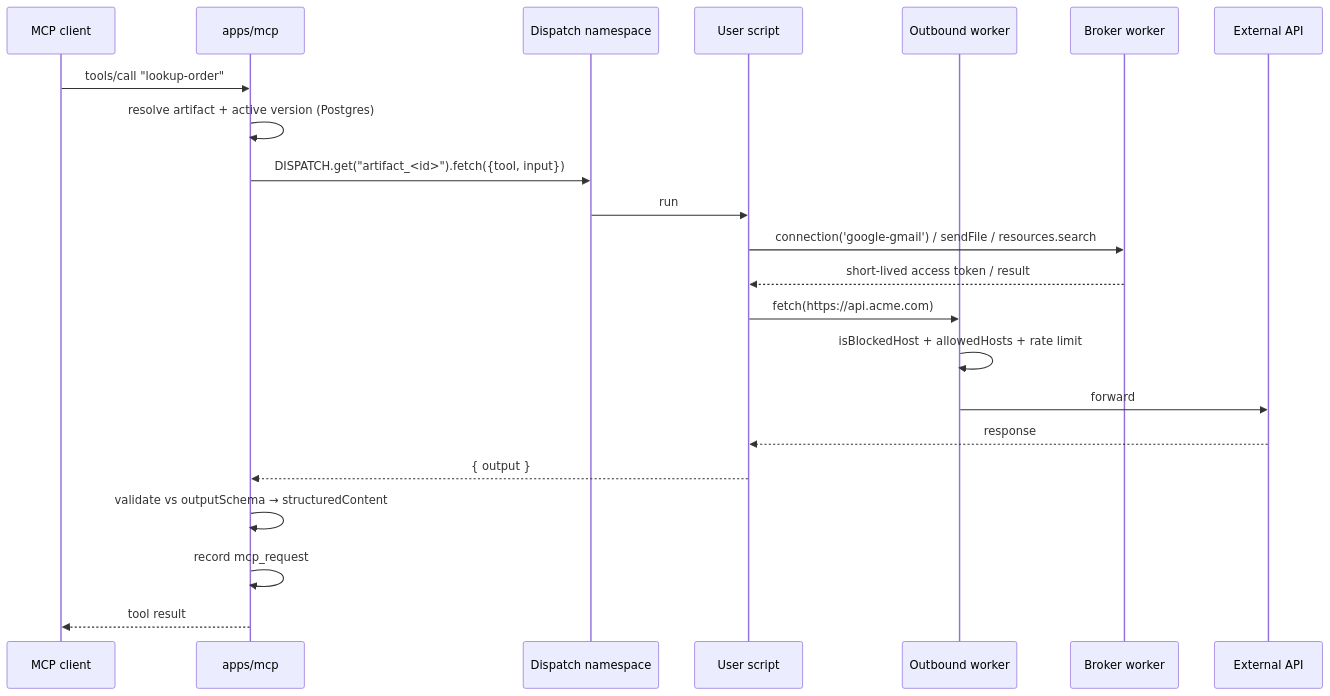
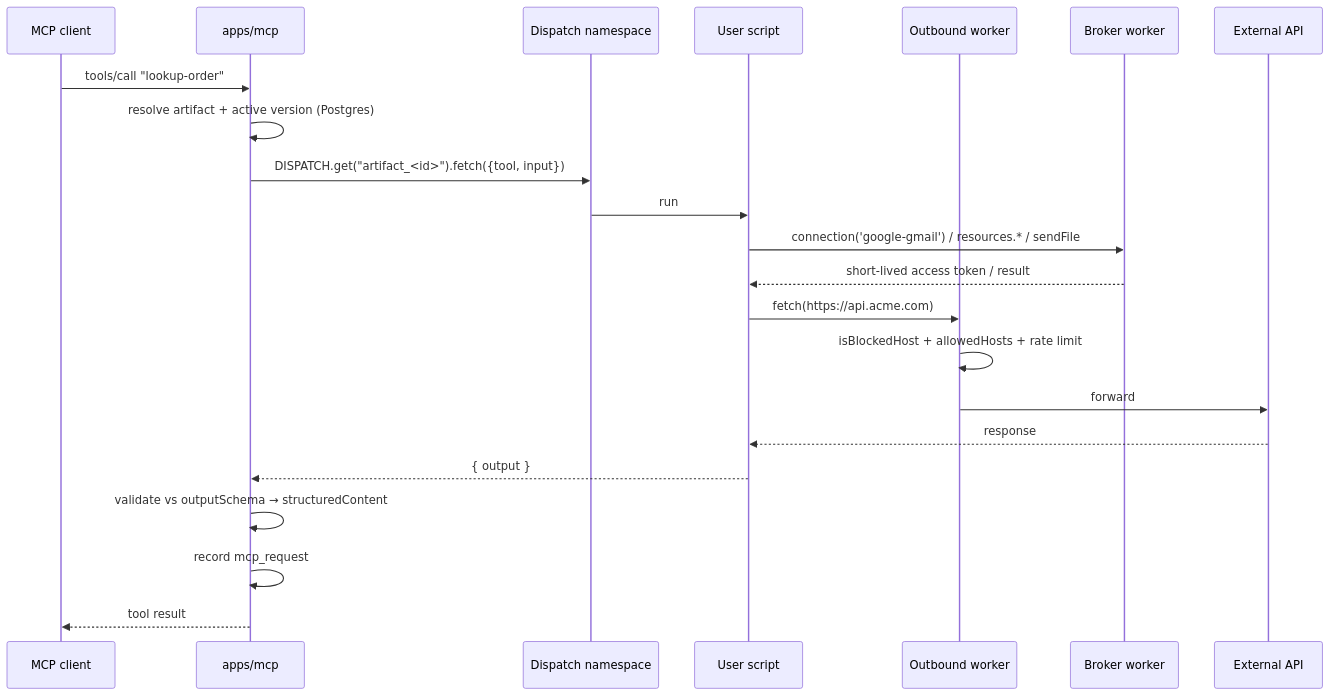
The diagram in docs/CUSTOM_TOOLS.md (MontoyaAndres/ganju), drawn with Mermaid before and after one commit. The commit also changed other lines of this file and 26 other files, not shown here.

````diff
--- a/docs/CUSTOM_TOOLS.md
+++ b/docs/CUSTOM_TOOLS.md
@@ -58,25 +58,25 @@
 ```mermaid
 sequenceDiagram
   participant C as MCP client
   participant MCP as apps/mcp
   participant D as Dispatch namespace
   participant U as User script
   participant OB as Outbound worker
   participant B as Broker worker
   participant Ext as External API
 
   C->>MCP: tools/call "lookup-order"
   MCP->>MCP: resolve artifact + active version (Postgres)
   MCP->>D: DISPATCH.get("artifact_<id>").fetch({tool, input})
   D->>U: run
-  U->>B: connection('google-gmail') / sendFile / resources.search
+  U->>B: connection('google-gmail') / resources.* / sendFile
   B-->>U: short-lived access token / result
   U->>OB: fetch(https://api.acme.com)
   OB->>OB: isBlockedHost + allowedHosts + rate limit
   OB->>Ext: forward
   Ext-->>U: response
   U-->>MCP: { output }
   MCP->>MCP: validate vs outputSchema → structuredContent
   MCP->>MCP: record mcp_request
   MCP-->>C: tool result
 ```
````
